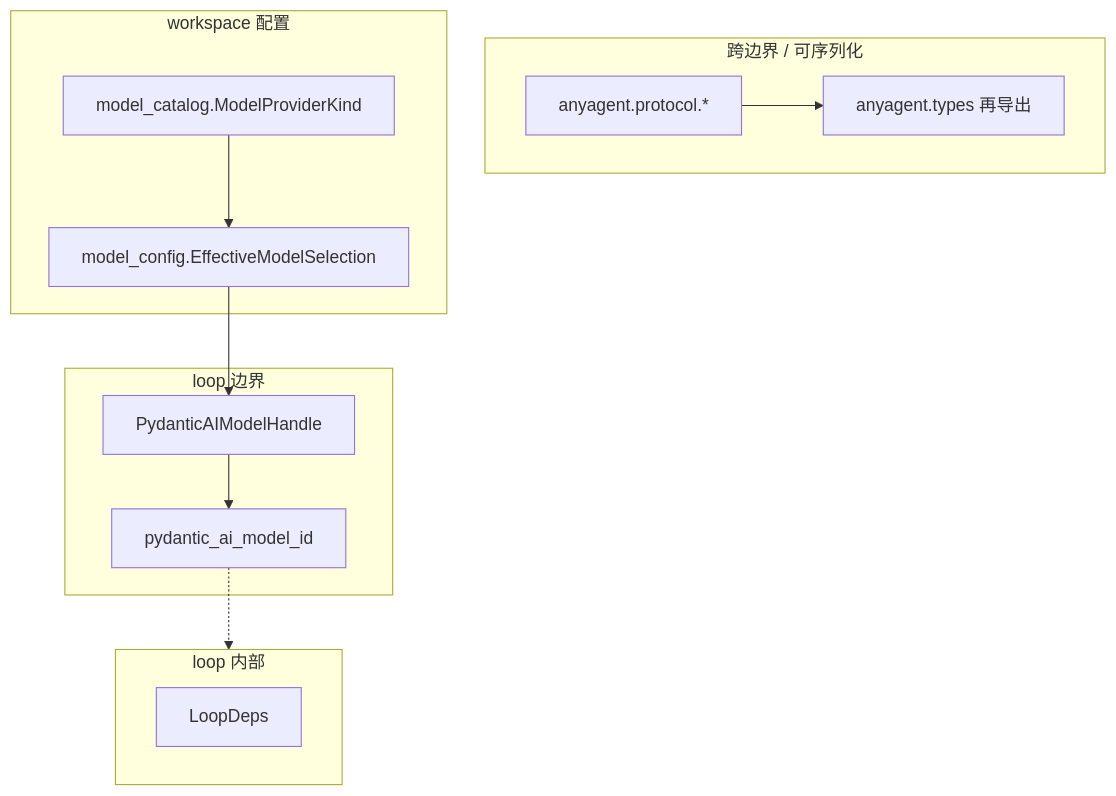
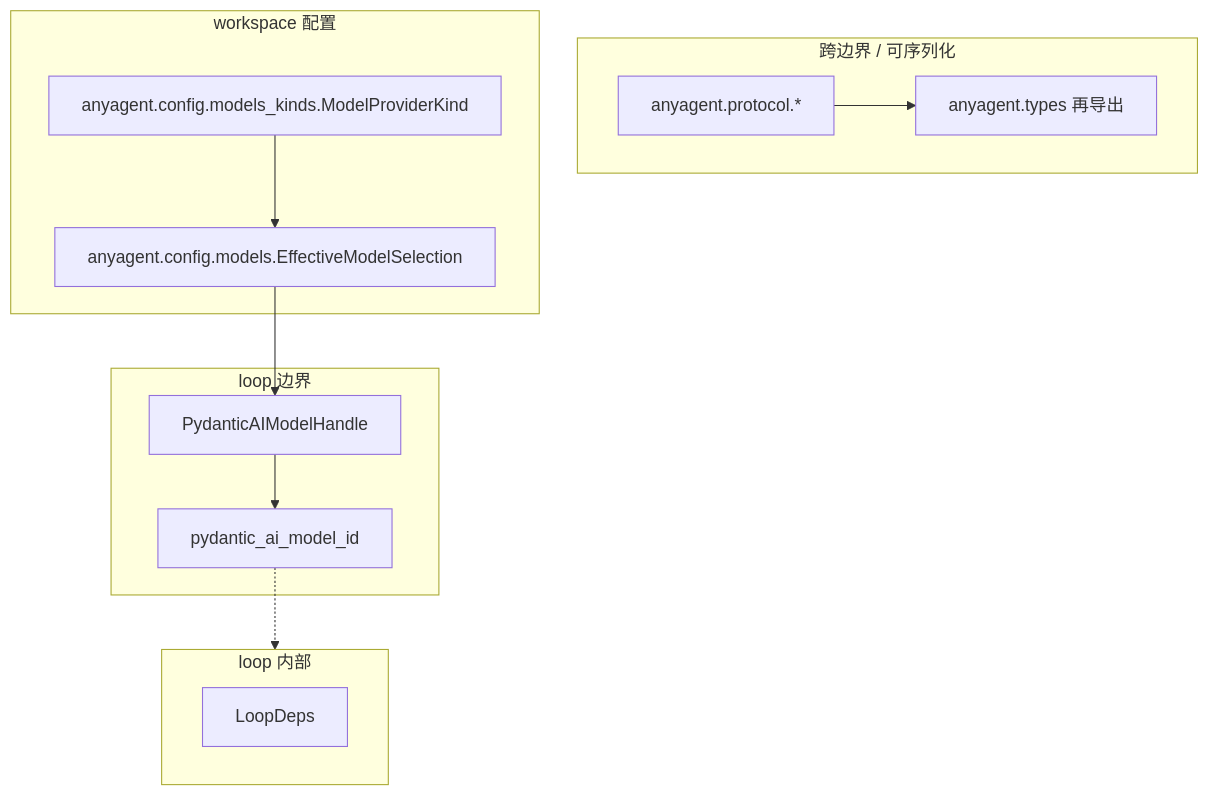
The fifth of 6 diagrams in docs/architecture/runtime/agent-loop.md (komiyoo/anyagent), drawn with Mermaid before and after one commit. The commit also changed other lines of this file and 28 other files, not shown here.

````diff
--- a/docs/architecture/runtime/agent-loop.md
+++ b/docs/architecture/runtime/agent-loop.md
@@ -171,27 +171,27 @@
 ```mermaid
 flowchart TB
   subgraph wire["跨边界 / 可序列化"]
     P["anyagent.protocol.*"]
     SDK["anyagent.types 再导出"]
     P --> SDK
   end
 
   subgraph config["workspace 配置"]
-    MC["model_config.EffectiveModelSelection"]
-    CAT["model_catalog.ModelProviderKind"]
+    MC["anyagent.config.models.EffectiveModelSelection"]
+    CAT["anyagent.config.models_kinds.ModelProviderKind"]
   end
 
   subgraph loopTypes["loop 边界"]
     H["PydanticAIModelHandle"]
     ID["pydantic_ai_model_id"]
   end
 
   subgraph inner["loop 内部"]
     D["LoopDeps"]
   end
 
   CAT --> MC
   MC --> H
   H --> ID
   ID -.-> inner
 ```
````
